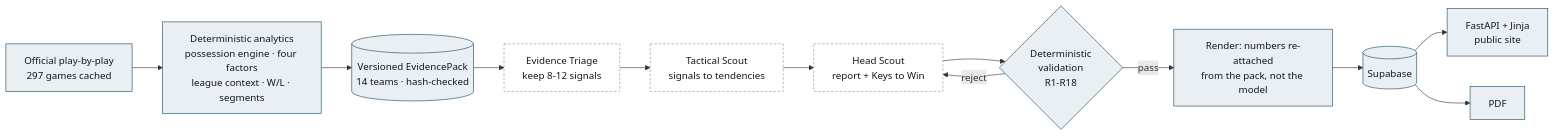
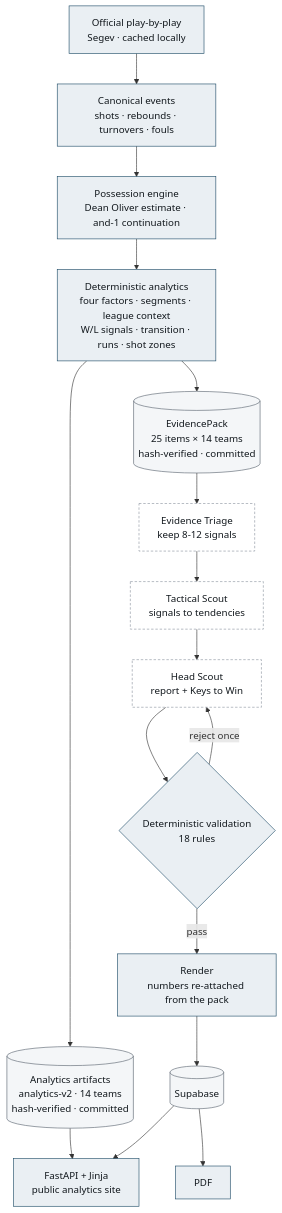
One commit to omercohen444/basketball-scouting changed the diagram in README.md. Above: the diagram before and after it, drawn with Mermaid. The commit also changed other lines of this file and 9 other files, not shown here.

````diff
--- a/README.md
+++ b/README.md
@@ -18,22 +71,31 @@
 ```mermaid
-flowchart LR
-  PBP[Official play-by-play<br/>297 games cached] --> STATS[Deterministic analytics<br/>possession engine · four factors<br/>league context · W/L · segments]
-  STATS --> PACK[(Versioned EvidencePack<br/>14 teams · hash-checked)]
+flowchart TD
+  PBP[Official play-by-play<br/>Segev · cached locally]
+  CANON[Canonical events<br/>shots · rebounds · turnovers · fouls]
+  POSS[Possession engine<br/>Dean Oliver estimate · and-1 continuation]
+  DET[Deterministic analytics<br/>four factors · segments · league context<br/>W/L signals · transition · runs · shot zones]
+
+  PBP --> CANON --> POSS --> DET
+
+  DET --> ART[(Analytics artifacts<br/>analytics-v2 · 14 teams<br/>hash-verified · committed)]
+  DET --> PACK[(EvidencePack<br/>25 items × 14 teams<br/>hash-verified · committed)]
+
+  ART --> WEB[FastAPI + Jinja<br/>public analytics site]
 
   PACK --> A1[Evidence Triage<br/>keep 8-12 signals]
   A1 --> A2[Tactical Scout<br/>signals to tendencies]
   A2 --> A3[Head Scout<br/>report + Keys to Win]
-
-  A3 --> VAL{Deterministic<br/>validation<br/>R1-R18}
-  VAL -- reject --> A3
-  VAL -- pass --> RENDER[Render: numbers re-attached<br/>from the pack, not the model]
-
+  A3 --> VAL{Deterministic validation<br/>18 rules}
+  VAL -- reject once --> A3
+  VAL -- pass --> RENDER[Render<br/>numbers re-attached from the pack]
   RENDER --> DB[(Supabase)]
-  DB --> WEB[FastAPI + Jinja<br/>public site]
+  DB --> WEB
   DB --> PDF[PDF]
 
   classDef det fill:#eaeff3,stroke:#1b4965,color:#12181d;
   classDef agent fill:#fff,stroke:#8a939e,stroke-dasharray:4 3,color:#12181d;
-  class PBP,STATS,PACK,VAL,RENDER,DB,WEB,PDF det;
+  classDef store fill:#f4f6f8,stroke:#59636e,color:#12181d;
+  class PBP,CANON,POSS,DET,VAL,RENDER,WEB,PDF det;
   class A1,A2,A3 agent;
+  class ART,PACK,DB store;
 ```
````
